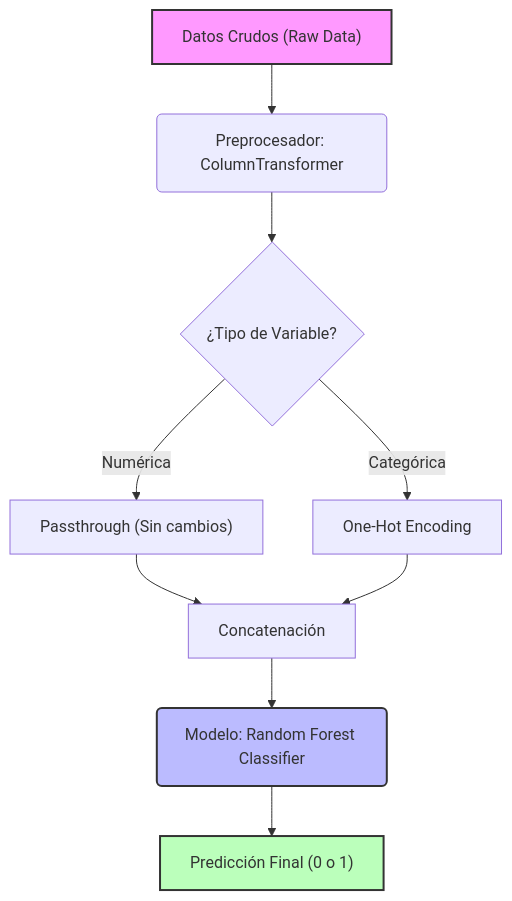
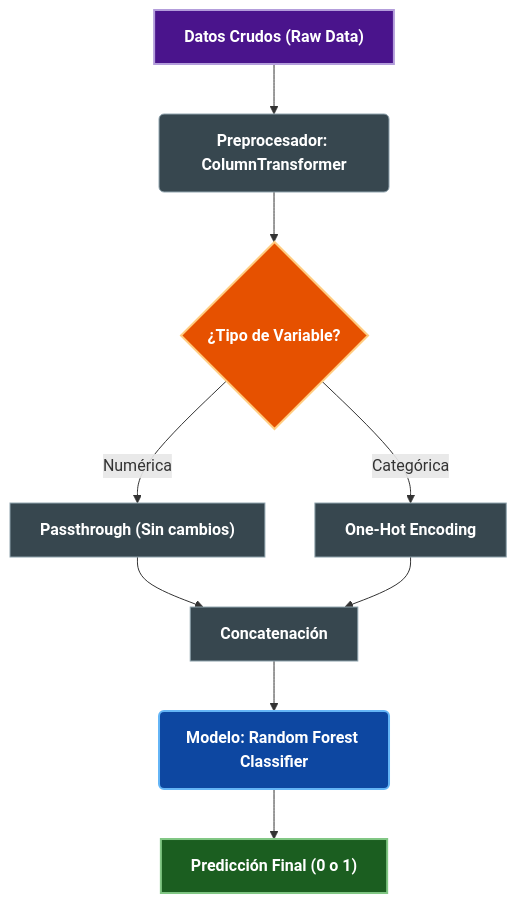
The diagram in README.md (JoseLuisRiveros/ChurnInsight), drawn with Mermaid before and after one commit.

Commit message:
Update README.md
se mejoro el grafico de flujo de pipeline para mayor accesibilidad

````diff
--- a/README.md
+++ b/README.md
@@ -56,15 +56,32 @@
 ```mermaid
 graph TD;
-    A["Datos Crudos (Raw Data)"] --> B("Preprocesador: ColumnTransformer");
-    B --> C{"¿Tipo de Variable?"};
-    C -- Numérica --> D["Passthrough (Sin cambios)"];
-    C -- Categórica --> E["One-Hot Encoding"];
-    D --> F["Concatenación"];
-    E --> F;
+    %% --- DEFINICIÓN DE CLASES (La Paleta de Colores) ---
+    %% Input: Morado Profundo (Indica inicio/datos)
+    classDef entrada fill:#4A148C,stroke:#B39DDB,stroke-width:2px,color:#fff,font-weight:bold;
+    
+    %% Procesos: Gris Azulado (Neutro para pasos intermedios)
+    classDef proceso fill:#37474F,stroke:#90A4AE,stroke-width:1px,color:#fff,font-weight:bold;
+    
+    %% Decisión: Naranja Ladrillo (Visible pero no chillón)
+    classDef decision fill:#E65100,stroke:#FFCC80,stroke-width:2px,color:#fff,font-weight:bold;
+    
+    %% Modelo: Azul Profundo (Tecnológico)
+    classDef modelo fill:#0D47A1,stroke:#64B5F6,stroke-width:2px,color:#fff,font-weight:bold;
+    
+    %% Salida: Verde Bosque (Éxito/Resultado)
+    classDef salida fill:#1B5E20,stroke:#81C784,stroke-width:2px,color:#fff,font-weight:bold;
+
+    %% --- EL DIAGRAMA ---
+    A["Datos Crudos (Raw Data)"]:::entrada --> B("Preprocesador: ColumnTransformer");
+    B:::proceso --> C{"¿Tipo de Variable?"};
+    
+    C:::decision -- Numérica --> D["Passthrough (Sin cambios)"];
+    C:::decision -- Categórica --> E["One-Hot Encoding"];
+    
+    D:::proceso --> F["Concatenación"];
+    E:::proceso --> F:::proceso;
+    
     F --> G("Modelo: Random Forest Classifier");
-    G --> H["Predicción Final (0 o 1)"];
-    
-    style A fill:#f9f,stroke:#333,stroke-width:2px
-    style G fill:#bbf,stroke:#333,stroke-width:2px
-    style H fill:#bfb,stroke:#333,stroke-width:2px
+    G:::modelo --> H["Predicción Final (0 o 1)"];
+    H:::salida
 ```
````
